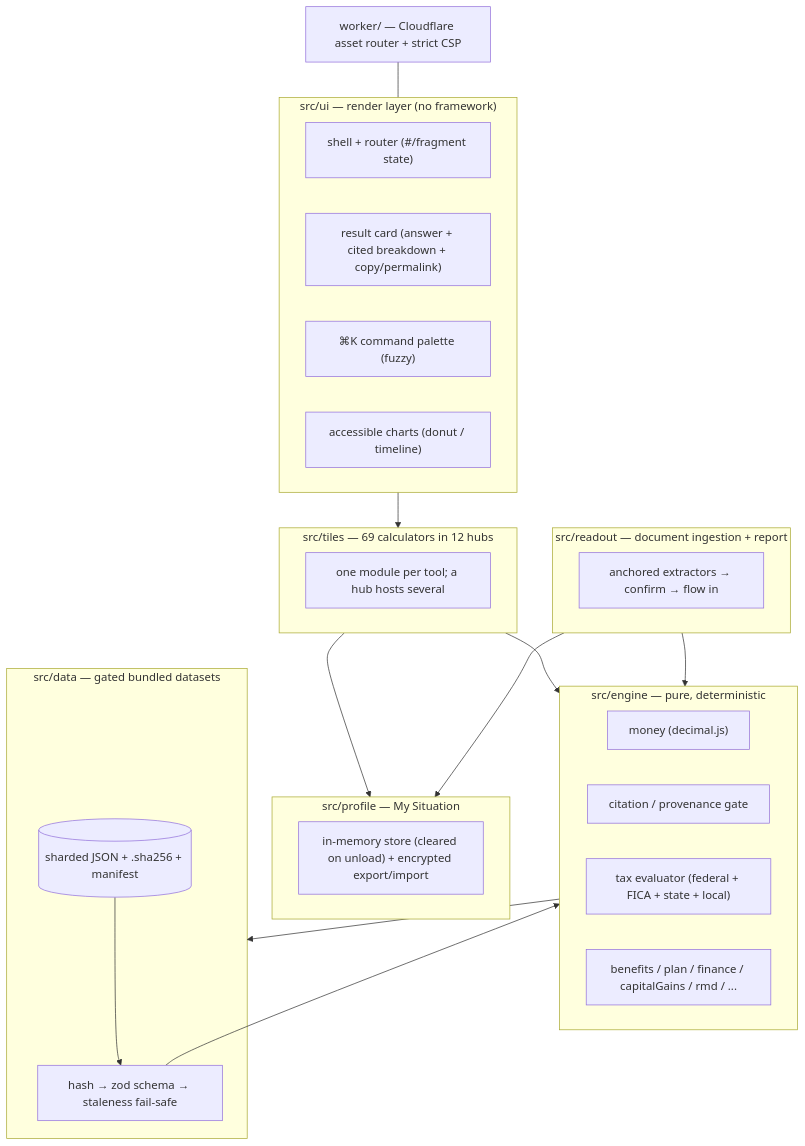
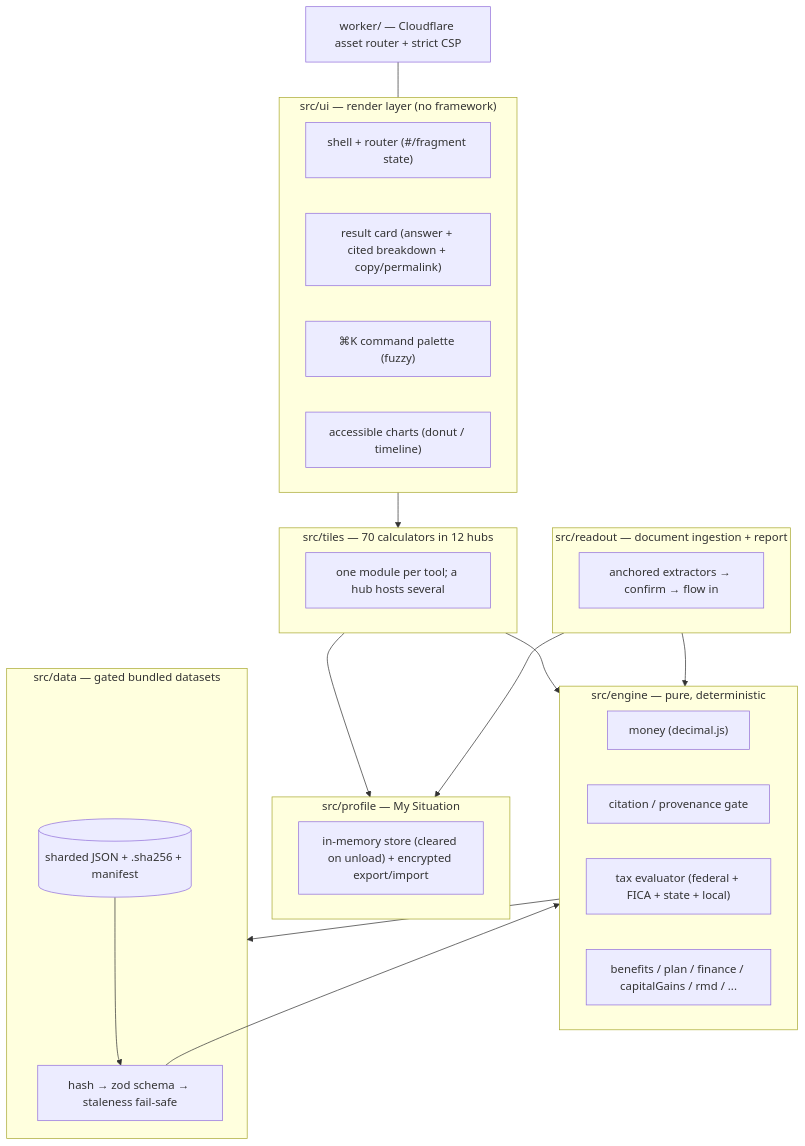
One commit to clay-good/enklayve changed the second of 7 diagrams in docs/under-the-hood.md. Above: the diagram before and after it, drawn with Mermaid. The commit also changed other lines of this file and 22 other files, not shown here.

````diff
--- a/docs/under-the-hood.md
+++ b/docs/under-the-hood.md
@@ -300,36 +300,36 @@
 ```mermaid
 flowchart TD
     subgraph UI["src/ui — render layer (no framework)"]
         SH["shell + router (#/fragment state)"]
         RC["result card (answer + cited breakdown + copy/permalink)"]
         CP["⌘K command palette (fuzzy)"]
         CH["accessible charts (donut / timeline)"]
     end
-    subgraph TILES["src/tiles — 69 calculators in 12 hubs"]
+    subgraph TILES["src/tiles — 70 calculators in 12 hubs"]
         T1["one module per tool; a hub hosts several"]
     end
     subgraph PROFILE["src/profile — My Situation"]
         PS["in-memory store (cleared on unload) + encrypted export/import"]
     end
     subgraph READOUT["src/readout — document ingestion + report"]
         RX["anchored extractors → confirm → flow in"]
     end
     subgraph ENGINE["src/engine — pure, deterministic"]
         MN["money (decimal.js)"]
         CI["citation / provenance gate"]
         TAX["tax evaluator (federal + FICA + state + local)"]
         BEN["benefits / plan / finance / capitalGains / rmd / ..."]
     end
     subgraph DATA["src/data — gated bundled datasets"]
         LO["hash → zod schema → staleness fail-safe"]
         DS[("sharded JSON + .sha256 + manifest")]
     end
     TILES --> ENGINE
     READOUT --> ENGINE
     TILES --> PROFILE
     READOUT --> PROFILE
     UI --> TILES
     ENGINE --> DATA
     DS --> LO --> ENGINE
     WORKER["worker/ — Cloudflare asset router + strict CSP"] --- UI
 ```
````
